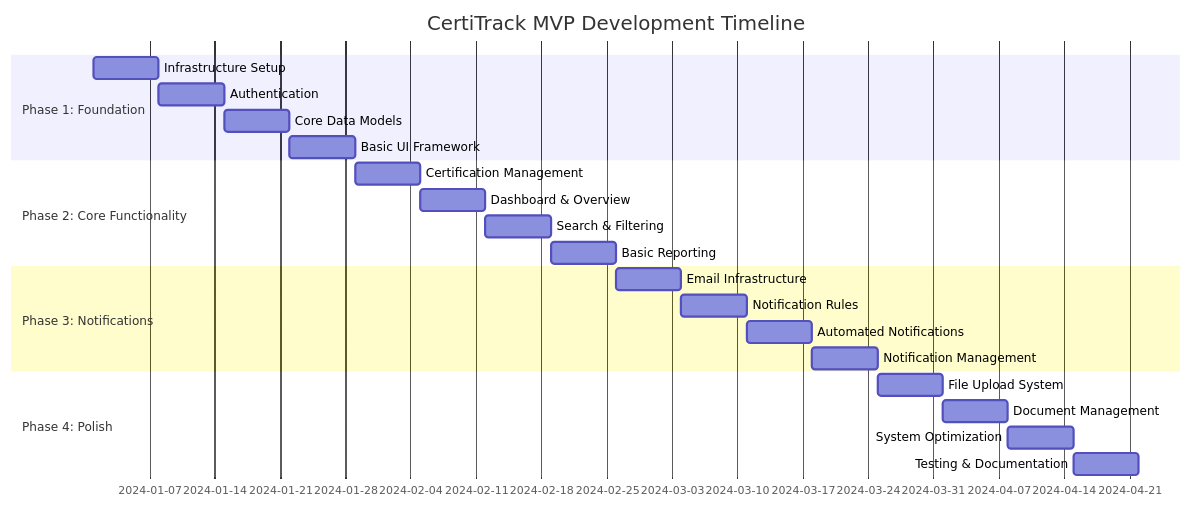
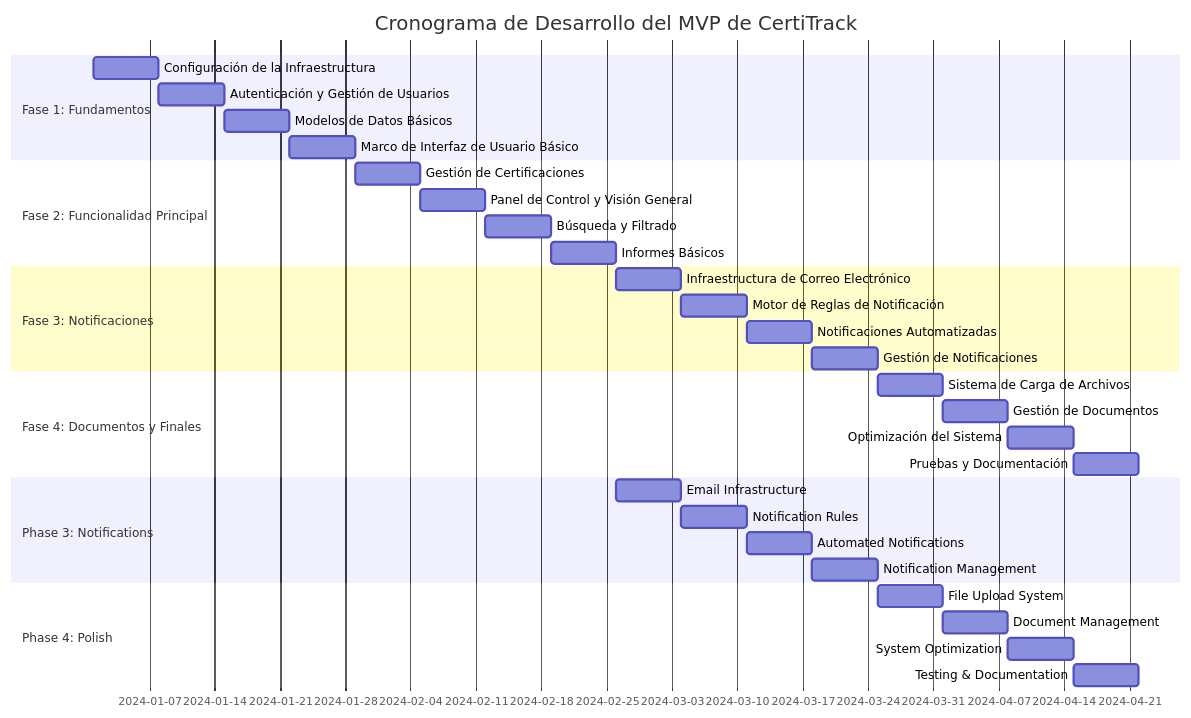
The second of 2 diagrams in docs/mvp-development-plan.md (thotluna/CertiTracks), drawn with Mermaid before and after one commit. The commit also changed other lines of this file and 1 other file, not shown here.

````diff
--- a/docs/mvp-development-plan.md
+++ b/docs/mvp-development-plan.md
@@ -401,28 +396,41 @@
 ```mermaid
 gantt
-    title CertiTrack MVP Development Timeline
+    title Cronograma de Desarrollo del MVP de CertiTrack
     dateFormat  YYYY-MM-DD
-    section Phase 1: Foundation
-    Infrastructure Setup    :p1-1, 2024-01-01, 1w
-    Authentication         :p1-2, after p1-1, 1w
-    Core Data Models       :p1-3, after p1-2, 1w
-    Basic UI Framework     :p1-4, after p1-3, 1w
     
-    section Phase 2: Core Functionality
-    Certification Management :p2-1, after p1-4, 1w
-    Dashboard & Overview    :p2-2, after p2-1, 1w
-    Search & Filtering      :p2-3, after p2-2, 1w
-    Basic Reporting         :p2-4, after p2-3, 1w
+    section Fase 1: Fundamentos
+    Configuración de la Infraestructura    :p1-1, 2024-01-01, 1w
+    Autenticación y Gestión de Usuarios    :p1-2, after p1-1, 1w
+    Modelos de Datos Básicos               :p1-3, after p1-2, 1w
+    Marco de Interfaz de Usuario Básico    :p1-4, after p1-3, 1w
+    
+    section Fase 2: Funcionalidad Principal
+    Gestión de Certificaciones             :p2-1, after p1-4, 1w
+    Panel de Control y Visión General      :p2-2, after p2-1, 1w
+    Búsqueda y Filtrado                    :p2-3, after p2-2, 1w
+    Informes Básicos                       :p2-4, after p2-3, 1w
+    
+    section Fase 3: Notificaciones
+    Infraestructura de Correo Electrónico  :p3-1, after p2-4, 1w
+    Motor de Reglas de Notificación        :p3-2, after p3-1, 1w
+    Notificaciones Automatizadas           :p3-3, after p3-2, 1w
+    Gestión de Notificaciones              :p3-4, after p3-3, 1w
+    
+    section Fase 4: Documentos y Finales
+    Sistema de Carga de Archivos           :p4-1, after p3-4, 1w
+    Gestión de Documentos                  :p4-2, after p4-1, 1w
+    Optimización del Sistema               :p4-3, after p4-2, 1w
+    Pruebas y Documentación                :p4-4, after p4-3, 1w
     
     section Phase 3: Notifications
     Email Infrastructure    :p3-1, after p2-4, 1w
     Notification Rules      :p3-2, after p3-1, 1w
     Automated Notifications :p3-3, after p3-2, 1w
     Notification Management :p3-4, after p3-3, 1w
     
     section Phase 4: Polish
     File Upload System      :p4-1, after p3-4, 1w
     Document Management     :p4-2, after p4-1, 1w
     System Optimization     :p4-3, after p4-2, 1w
     Testing & Documentation :p4-4, after p4-3, 1w
 ```
````
